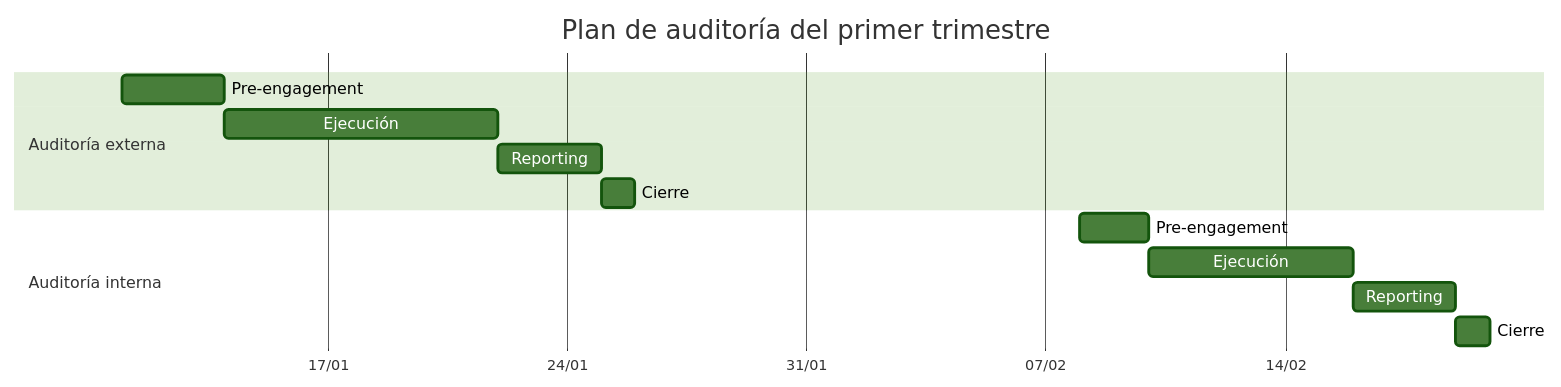
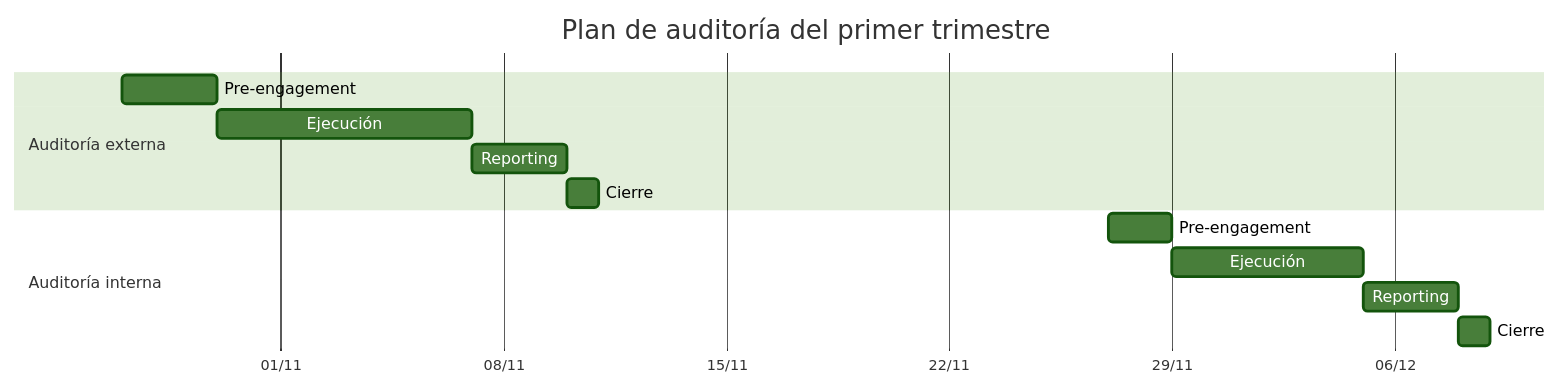
One commit to ciberchh3f/UT1.01_Auditoria_de_Hacking_Etico changed the diagram in README.md. Above: the diagram before and after it, drawn with Mermaid (forest theme).

````diff
--- a/README.md
+++ b/README.md
@@ -138,18 +138,18 @@
 ```mermaid
 gantt
     title Plan de auditoría del primer trimestre
     dateFormat YYYY-MM-DD
     axisFormat %d/%m
 
     section Auditoría externa
-    Pre-engagement       :a1, 2027-01-11, 3d
+    Pre-engagement       :a1, 2026-10-27, 3d
     Ejecución            :a2, after a1, 8d
     Reporting            :a3, after a2, 3d
     Cierre               :a4, after a3, 1d
 
     section Auditoría interna
-    Pre-engagement       :b1, 2027-02-08, 2d
+    Pre-engagement       :b1, 2026-11-27, 2d
     Ejecución            :b2, after b1, 6d
     Reporting            :b3, after b2, 3d
     Cierre               :b4, after b3, 1d
 ```
````
